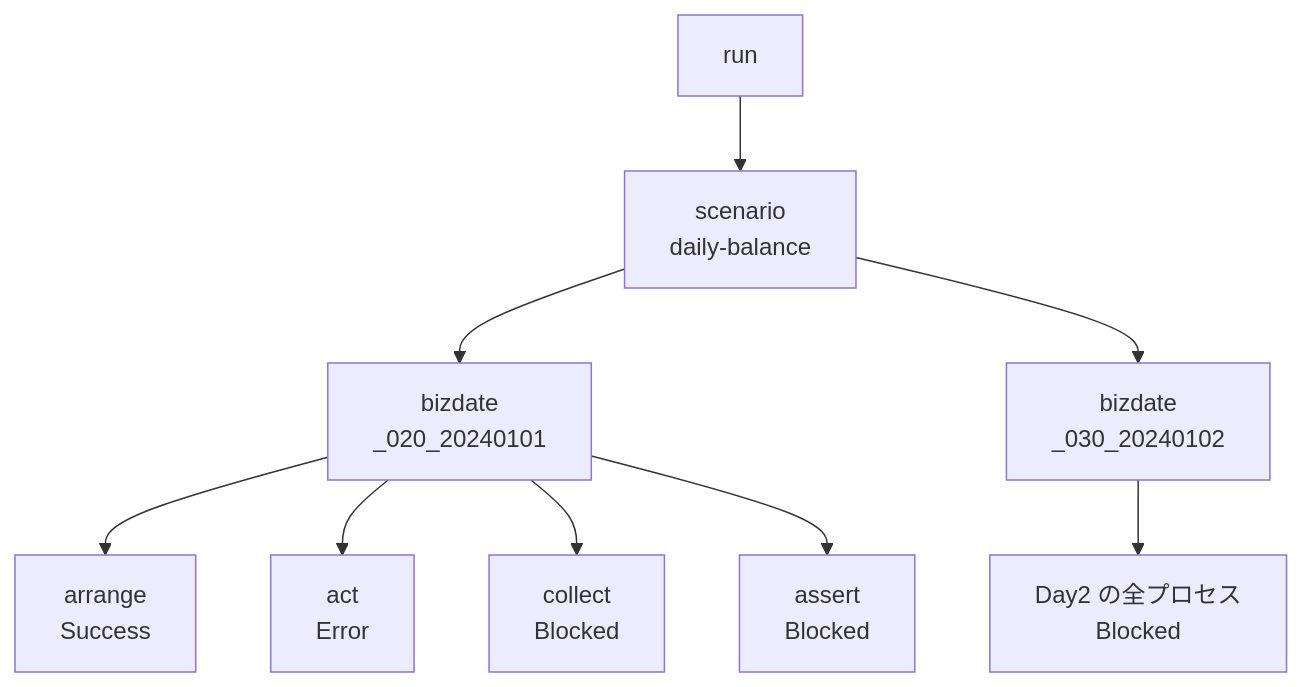
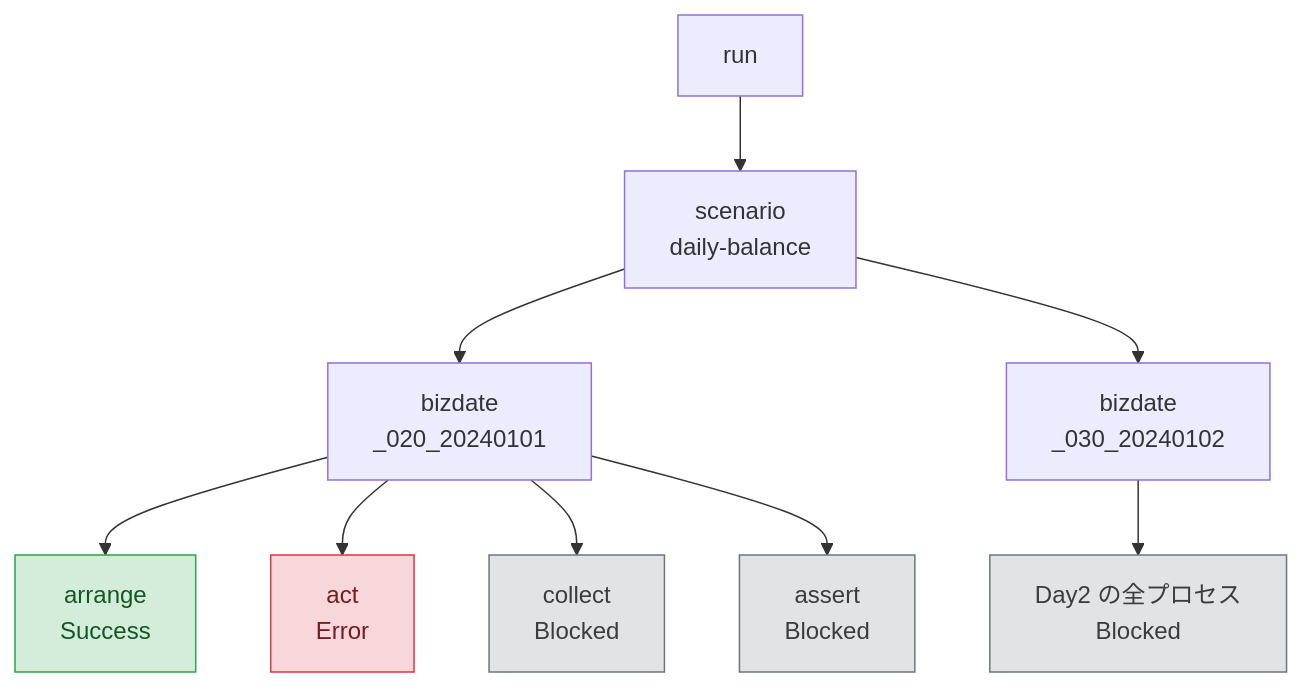
Before and after one commit to suwa-sh/zenn-contents: the first of 2 diagrams in articles/stfw_20260711.md, drawn with Mermaid. The commit also changed other lines of this file, not shown here.

````diff
--- a/articles/stfw_20260711.md
+++ b/articles/stfw_20260711.md
@@ -222,11 +229,17 @@
 ```mermaid
 flowchart TD
   run["run"] --> sc["scenario<br/>daily-balance"]
   sc --> d1["bizdate<br/>_020_20240101"]
   sc --> d2["bizdate<br/>_030_20240102"]
   d1 --> p1["arrange<br/>Success"]
   d1 --> p2["act<br/>Error"]
   d1 --> p3["collect<br/>Blocked"]
   d1 --> p4["assert<br/>Blocked"]
   d2 --> p5["Day2 の全プロセス<br/>Blocked"]
+  classDef success fill:#d4edda,stroke:#28a745,color:#155724
+  classDef error fill:#f8d7da,stroke:#dc3545,color:#721c24
+  classDef blocked fill:#e2e3e5,stroke:#6c757d,color:#383d41
+  class p1 success
+  class p2 error
+  class p3,p4,p5 blocked
 ```
````
